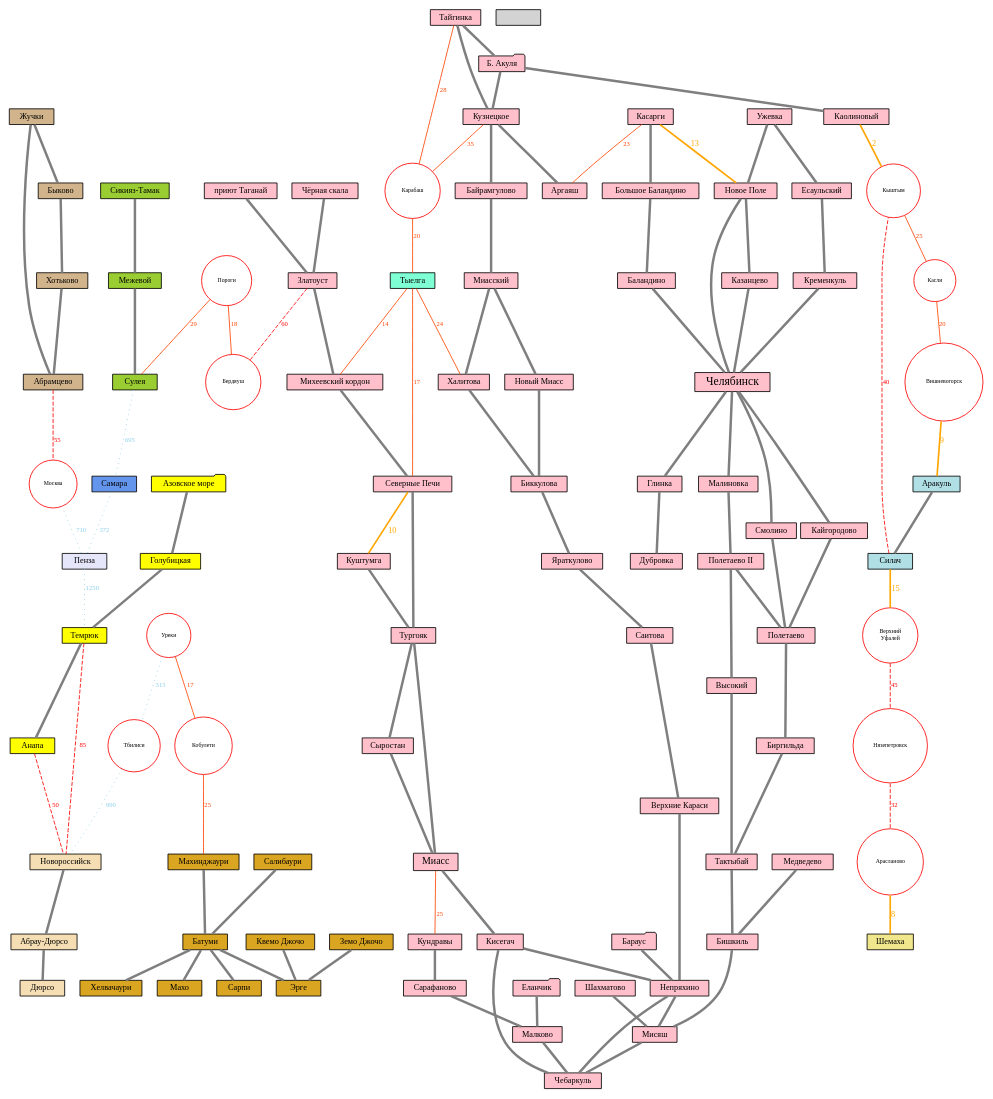
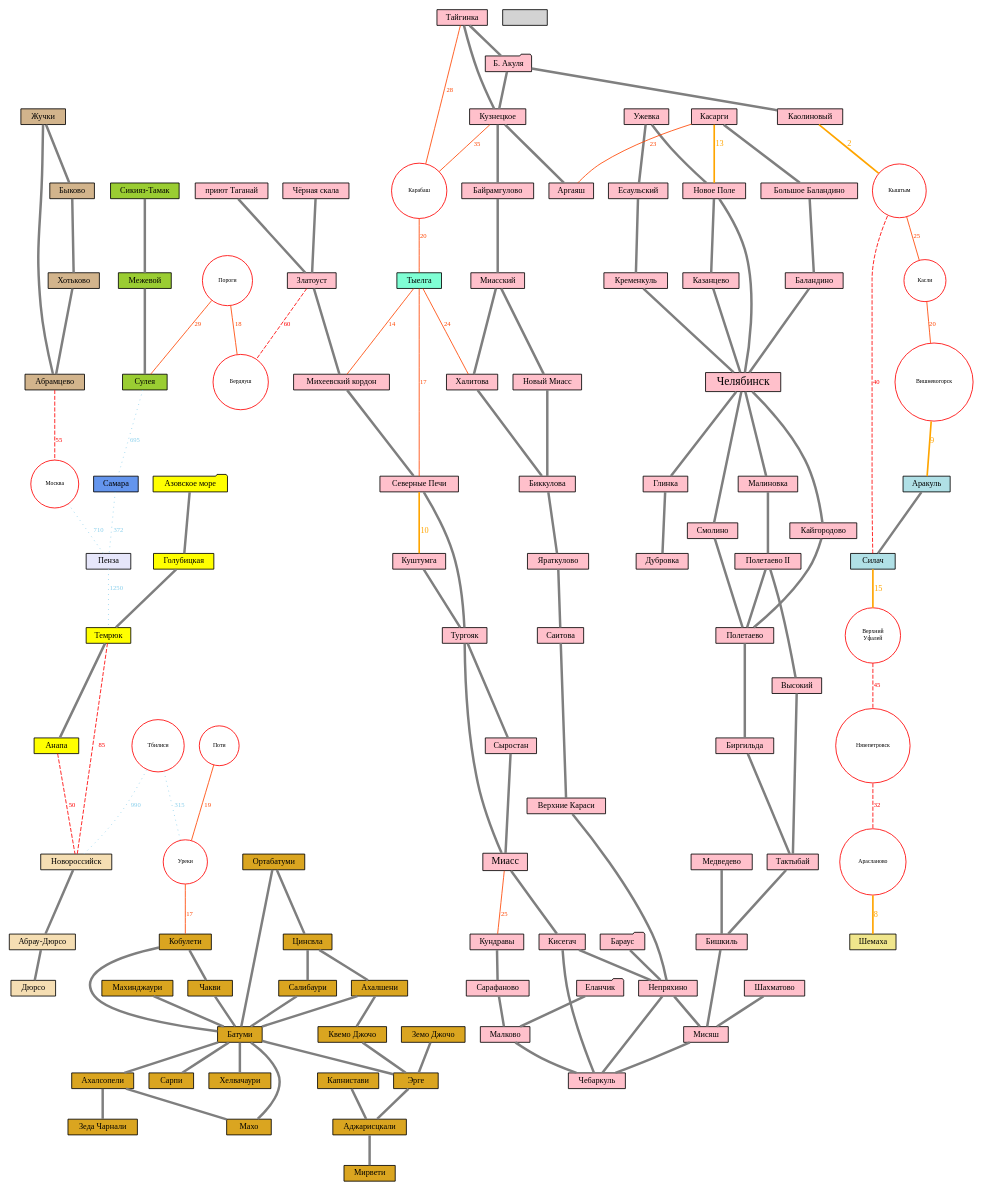
Before and after one commit to shoorick/bike-area: the diagram in bike-area.dot, drawn with Graphviz.

Commit message:
Expand coverage in Georgia

```diff
--- a/bike-area.dot
+++ b/bike-area.dot
@@ -1,165 +1,171 @@
 graph G {
     node [ shape=box, fontsize=10, fontname="Droid Sans", style=filled, height=0.2 ]
     edge [ color=gray50, penwidth=3, fontname="Droid Sans" ]
     graph [ overlap=false ]
 
     subgraph main {
         node [ fillcolor=pink ]
         Челябинск [ fontsize=14 ]
 
         "Б. Акуля" [ shape=folder ]
         "Бараус"   [ shape=folder ]
         "Еланчик"  [ shape=folder ]
 
         Миасс [ fontsize=12 ]
         Челябинск -- Смолино -- Полетаево -- Биргильда -- Тактыбай -- Бишкиль -- Мисяш -- Чебаркуль
         Ужевка -- "Новое Поле" -- Казанцево -- Челябинск
         "Новое Поле" -- Челябинск
         Челябинск -- Глинка -- Дубровка
         Челябинск -- Кайгородово -- Полетаево
         Ужевка -- Есаульский -- Кременкуль -- Челябинск
         Касарги -- "Большое Баландино" -- Баландино -- Челябинск
         Миасс -- Кисегач -- Чебаркуль
         Кисегач -- Непряхино -- Мисяш
         Шахматово -- Мисяш
         Медведево -- Бишкиль
         Челябинск -- Малиновка -- "Полетаево II" -- Высокий -- Тактыбай
         "Полетаево II" -- Полетаево
         "Б. Акуля" -- Кузнецкое -- Байрамгулово -- Миасский -- "Новый Миасс" -- Биккулова -- Яраткулово -- Саитова -- "Верхние Караси" -- Непряхино
         Кундравы -- Сарафаново -- Малково
         Бараус -- Непряхино -- Чебаркуль
         Миасский -- Халитова -- Биккулова
         Еланчик -- Малково -- Чебаркуль
         Тайгинка -- "Б. Акуля" -- Каолиновый
         Тайгинка -- Кузнецкое -- Аргаяш
         "Чёрная скала" -- Златоуст -- "Михеевский кордон" -- "Северные Печи"
         "приют Таганай" -- Златоуст
         "Северные Печи" -- Тургояк -- Миасс
         Куштумга -- Тургояк -- Сыростан -- Миасс
     }
 
     subgraph north {
         node [ fillcolor=powderblue ]
 
         Аракуль -- Силач
     }
 
     subgraph penza {
         node [ fillcolor=lavender ]
 
         Пенза
     }
 
     subgraph samara {
         node [ fillcolor=cornflowerblue ]
 
         Самара
     }
 
     subgraph shemakha {
         node [ fillcolor=khaki ]
 
         Шемаха
     }
 
     subgraph ai {
         node [ fillcolor=yellowgreen ]
 
         "Сикияз-Тамак" -- Межевой -- Сулея
     }
 
     subgraph south1 {
         node [ fillcolor=yellow ]
         "Азовское море" [ shape=folder ]
         "Азовское море" -- Голубицкая -- Темрюк -- Анапа
     }
 
     subgraph south2 {
         node [ fillcolor=wheat ]
 
         Новороссийск -- "Абрау-Дюрсо" -- Дюрсо
     }
 
     subgraph georgia {
         node [ fillcolor=goldenrod ]
 
+        Кобулети -- Батуми -- Махо
         Махинджаури -- Батуми -- Сарпи
-        Салибаури -- Батуми -- Хелвачаури
-        Батуми -- Махо
-        Батуми -- Эрге
-        { "Квемо Джочо" "Земо Джочо" } -- Эрге
+        Цинсвла -- Салибаури -- Батуми -- Хелвачаури
+        Кобулети -- Чакви -- Батуми -- Ахалсопели -- "Зеда Чарнали"
+        Ахалсопели -- Махо
+        Капнистави -- Аджарисцкали -- Мирвети
+        Ортабатуми -- Батуми
+        Батуми -- Эрге -- Аджарисцкали
+        Ахалшени -- Батуми
+        Ортабатуми --Цинсвла -- Ахалшени -- "Квемо Джочо" -- Эрге
+        "Земо Джочо" -- Эрге
     }
 
     subgraph tyelga {
         node [ fillcolor=aquamarine ]
 
         Тыелга
     }
 
     subgraph zhuchki {
         node [ fillcolor=tan ]
 
         Жучки -- Абрамцево
         Жучки -- Быково -- Хотьково -- Абрамцево
     }
 
     subgraph failed_cities {
         node [ shape="circle",fillcolor="white",color="red",fontsize=7, height=0.1 ]
 
         Арасланово Бердяуш "Верхний\nУфалей" Вишневогорск Карабаш Касли Кыштым
         Пороги Нязепетровск
         Москва
-        Кобулети Уреки Тбилиси
+        Уреки Поти Тбилиси
     }
 
     subgraph failed {
 
         // Ближайшие — можно пройти за час
         edge [ color=orange, fontcolor=orange, fontsize=10, penwidth=2 ]
         Каолиновый -- Кыштым [ label=2 ]
         Вишневогорск -- Аракуль  [ label=9 ]
         "Северные Печи" -- Куштумга [ label=10 ]
         Касарги -- "Новое Поле" [ label=13 ]
         Силач -- "Верхний\nУфалей" [ label=15 ]
         Арасланово -- Шемаха [ label=8 ]
 
         // Ближние
         edge [ color=orangered, fontcolor=orangered, fontsize=8, penwidth=1 ]
         Пороги -- Бердяуш [ label=18 ]
         Миасс -- Кундравы [ label=25 ]
         Касарги -- Аргаяш [ label=23 ]
         Пороги -- Сулея  [ label=29 ]
         Кыштым -- Касли  [ label=25 ]
         Касли -- Вишневогорск [ label=20]
         Тыелга -- "Михеевский кордон" [ label=14 ]
         Тыелга -- "Северные Печи" [ label=17 ]
         Карабаш -- Тыелга [ label=20 ]
         Кузнецкое -- Карабаш [ label=35 ]
         Тайгинка -- Карабаш [ label=28 ]
         Тыелга -- Халитова [ label=24 ]
-        Уреки -- Кобулети [ label=17 ]
-        Кобулети -- Махинджаури [ label=25 ]
+        Уреки -- Кобулети  [ label=17 ]
+        Поти -- Уреки [ label=19 ]
 
         // Средние — можно пройти за день
         edge [ color=red, fontcolor=red, style="dashed" ]
         Силач -- Кыштым  [ label=40 ]
         Анапа -- Новороссийск [ label=50 ]
         Златоуст -- Бердяуш [ label=60 ]
         Нязепетровск -- Арасланово [ label=32 ]
         "Верхний\nУфалей" -- Нязепетровск [ label=45 ]
         Абрамцево -- Москва [ label=55 ]
         Темрюк -- Новороссийск [ label=85 ]
 
         // Дальние (от 100 км)
         edge [ color=plum, fontcolor=plum, style="dotted" ]
 
         // Самые дальние — нереально проехать
         edge [ color=skyblue, fontcolor=skyblue ]
-        Уреки -- Тбилиси [ label=315 ]
+        Тбилиси -- Уреки [ label=315 ]
         Самара -- Пенза [ label=372 ]
         Москва -- Пенза [ label=710 ]
         Сулея -- Самара [ label=695 ]
         Пенза -- Темрюк [ label=1250 ]
         Тбилиси -- Новороссийск [ label=990 ]
     }
 }
```
